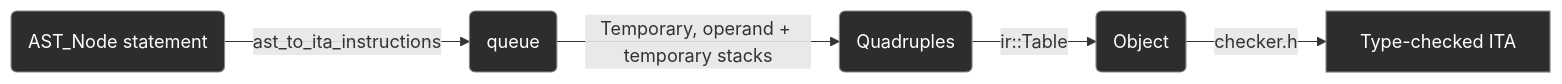
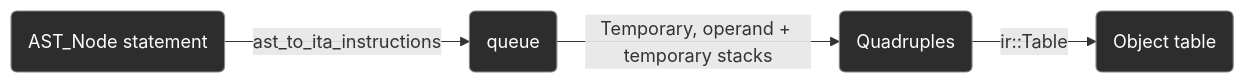
The diagram in credence/ir/README.md (jahan-addison/credence), drawn with Mermaid before and after one commit. The commit also changed other lines of this file and 4 other files, not shown here.

````diff
--- a/credence/ir/README.md
+++ b/credence/ir/README.md
@@ -7,13 +7,11 @@
 ```mermaid
 flowchart LR
     A(AST_Node statement) -->|ast_to_ita_instructions| B(queue)
     B -->|Temporary, operand + temporary stacks| C(Quadruples)
-    C -->|ir::Table| D(Object)
-    D -->|checker.h| E[Type-checked ITA]
+    C -->|ir::Table| D(Object table)
 
     style A fill:#2d2d2d,stroke:#888,color:#fff
     style B fill:#2d2d2d,stroke:#888,color:#fff
     style C fill:#2d2d2d,stroke:#888,color:#fff
     style D fill:#2d2d2d,stroke:#888,color:#fff
-    style E fill:#2d2d2d,stroke:#888,color:#fff
 ```
````
